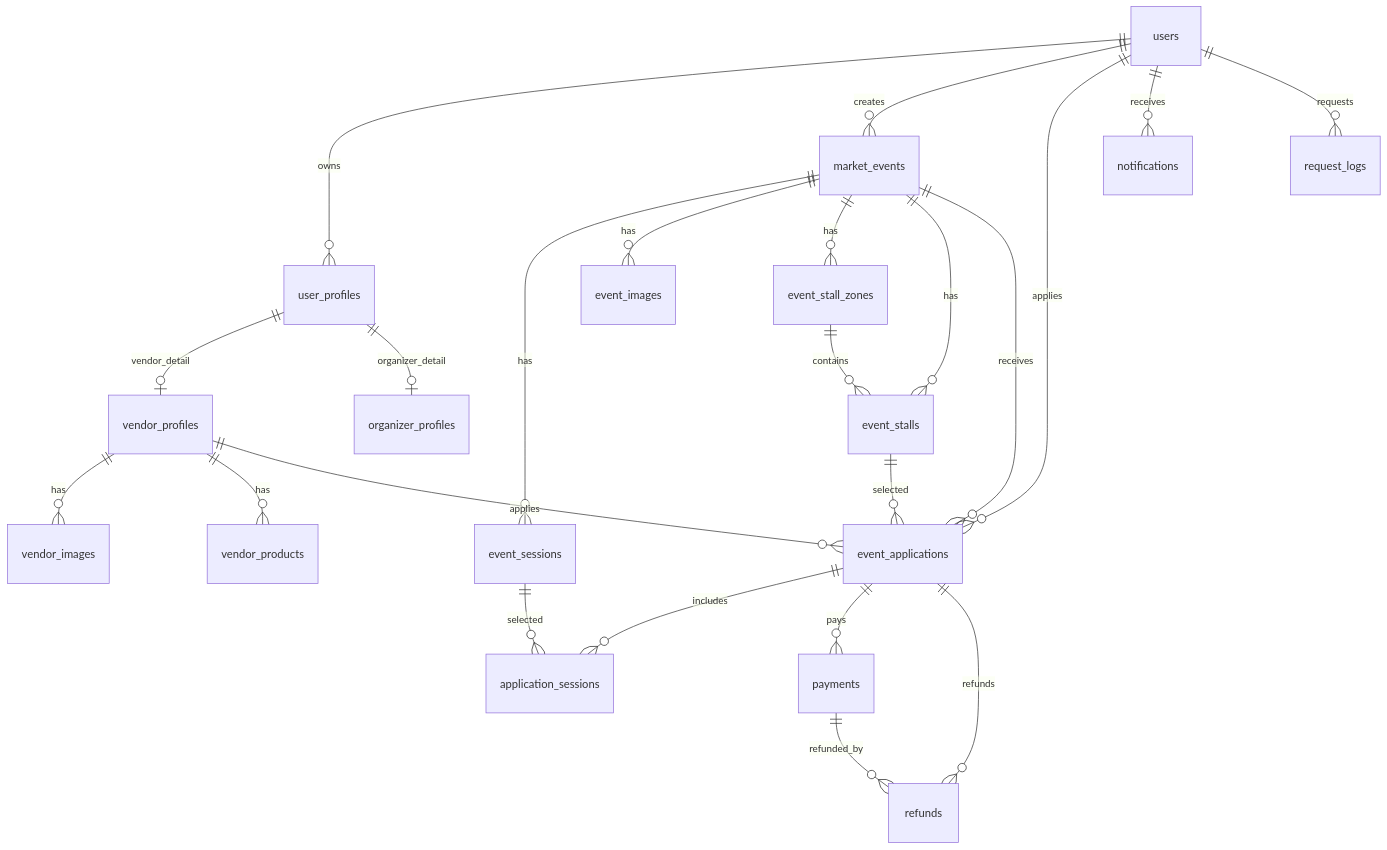
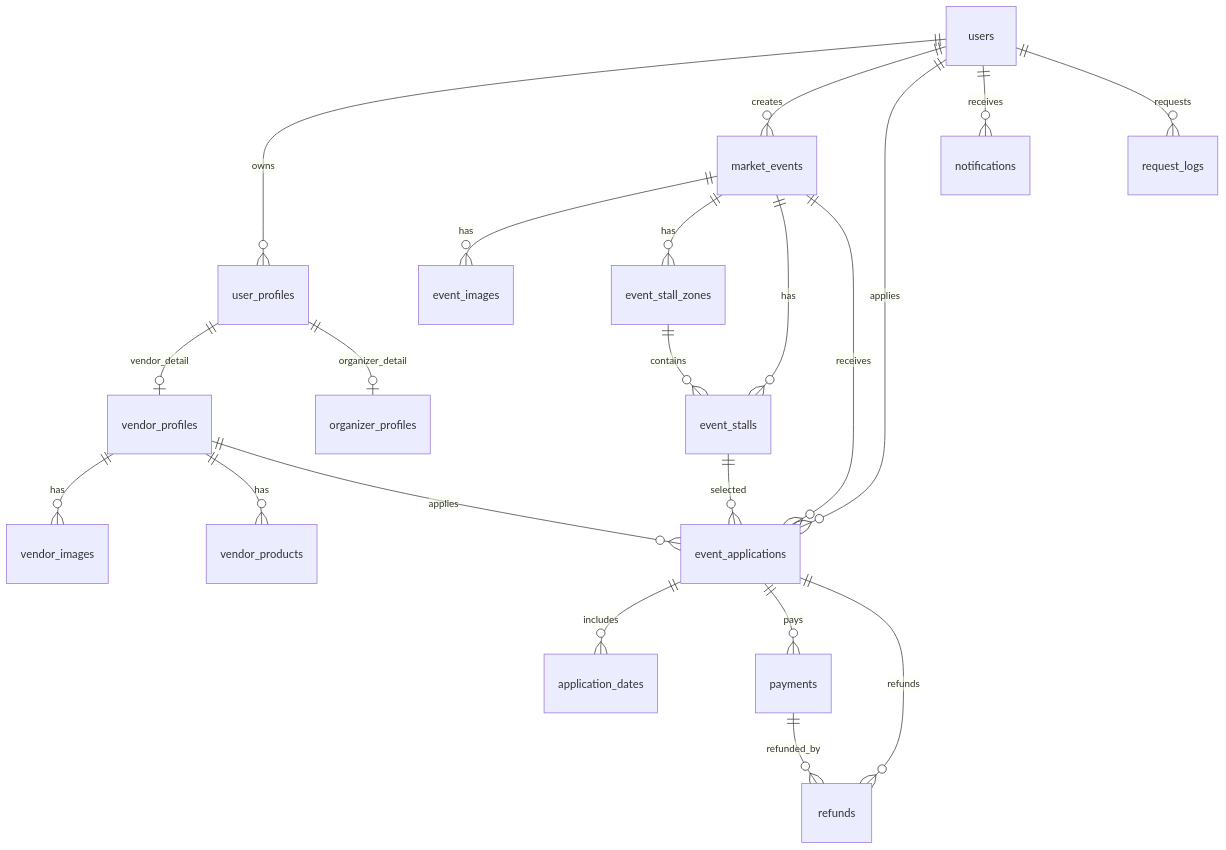
The diagram in 資料庫規劃.md (simon901125/Market-day-sql), drawn with Mermaid before and after one commit. The commit also changed other lines of this file and 4 other files, not shown here.

````diff
--- a/資料庫規劃.md
+++ b/資料庫規劃.md
@@ -24,30 +24,28 @@
 ```mermaid
 erDiagram
     users ||--o{ user_profiles : owns
     users ||--o{ market_events : creates
     users ||--o{ event_applications : applies
 
     user_profiles ||--o| vendor_profiles : vendor_detail
     user_profiles ||--o| organizer_profiles : organizer_detail
     vendor_profiles ||--o{ vendor_images : has
     vendor_profiles ||--o{ vendor_products : has
     vendor_profiles ||--o{ event_applications : applies
 
-    market_events ||--o{ event_sessions : has
     market_events ||--o{ event_images : has
     market_events ||--o{ event_stall_zones : has
     market_events ||--o{ event_stalls : has
     market_events ||--o{ event_applications : receives
 
     event_stall_zones ||--o{ event_stalls : contains
     event_stalls ||--o{ event_applications : selected
 
-    event_sessions ||--o{ application_sessions : selected
-    event_applications ||--o{ application_sessions : includes
+    event_applications ||--o{ application_dates : includes
     event_applications ||--o{ payments : pays
     event_applications ||--o{ refunds : refunds
     payments ||--o{ refunds : refunded_by
 
     users ||--o{ notifications : receives
     users ||--o{ request_logs : requests
 ```
````
